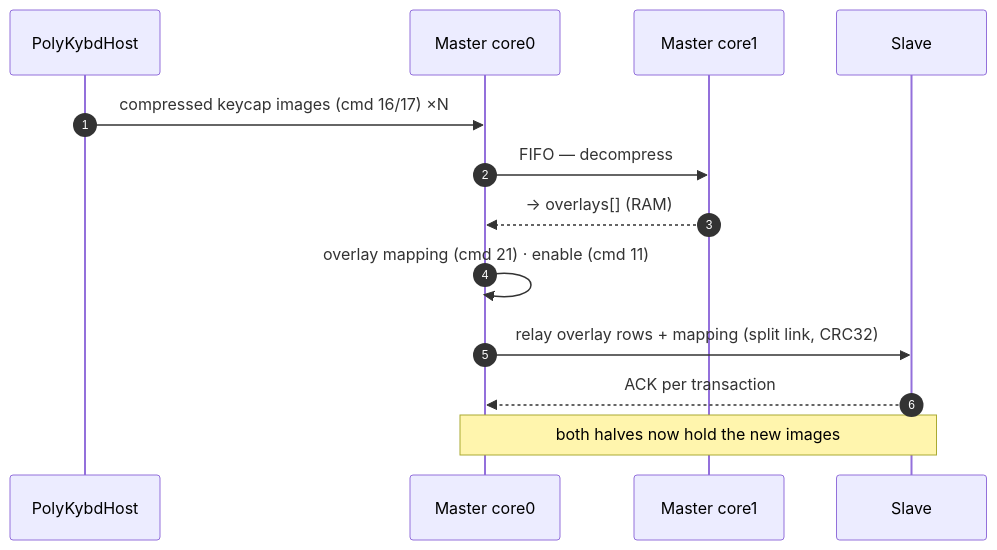
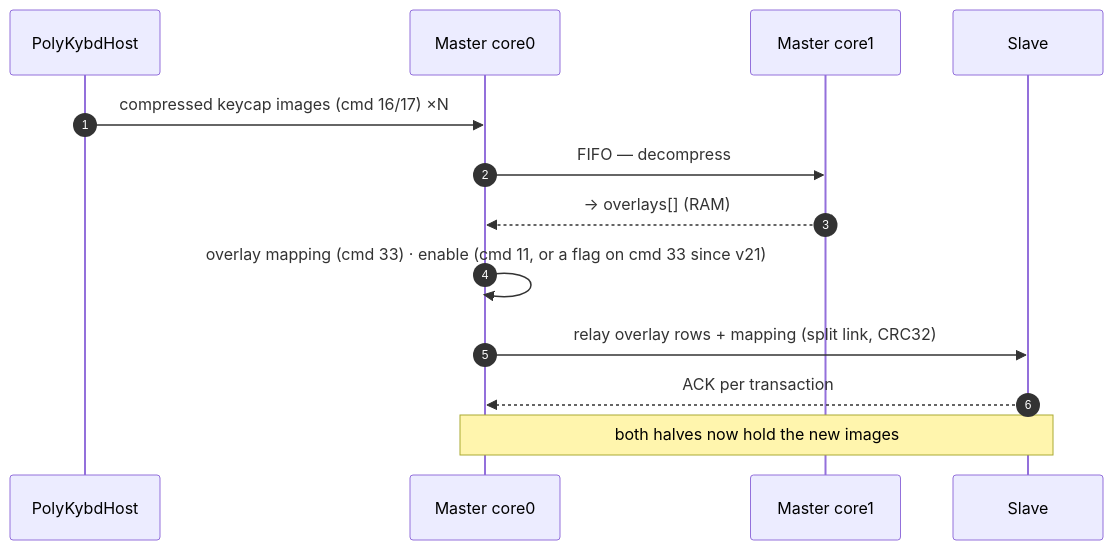
One commit to thpoll83/polykybd-docs changed the third of 6 diagrams in src/content/docs/development/system-model.mdx. Above: the diagram before and after it, drawn with Mermaid. The commit also changed other lines of this file and 1 other file, not shown here.

Commit message:
HID reference: protocol v21 mapping flags
Documents the prepare (0x40) and enable (0x20) flags on
SEND_OVERLAY_MAPPING_W's width byte: a new "Mapping flags" section with
the bit table, the 0x1F mask, the refusal of a bad width before either
flag runs, why a cold switch still sends its prepare separately, and the
measured report counts (warm 249 -> 129, cold 744 -> 684 over 60 sets).
Adds the v21 milestone, notes on the 0x21 and OVERLAY_FLAGS rows, and
cmd 33 in the system model's overlay table and app-switch diagram.

Describes firmware 1.3.0 and host 1.7.0; merge once both are released.

Claude-Session: https://claude.ai/code/session_01SVEoXHsKe4vCxHcqbXK3hy

````diff
--- a/src/content/docs/development/system-model.mdx
+++ b/src/content/docs/development/system-model.mdx
@@ -189,15 +190,15 @@
 ```mermaid
 sequenceDiagram
   autonumber
   participant H as PolyKybdHost
   participant M0 as Master core0
   participant M1 as Master core1
   participant S as Slave
   H->>M0: compressed keycap images (cmd 16/17) ×N
   M0->>M1: FIFO — decompress
   M1-->>M0: → overlays[] (RAM)
-  M0->>M0: overlay mapping (cmd 21) · enable (cmd 11)
+  M0->>M0: overlay mapping (cmd 33) · enable (cmd 11, or a flag on cmd 33 since v21)
   M0->>S: relay overlay rows + mapping (split link, CRC32)
   S-->>M0: ACK per transaction
   Note over M0,S: both halves now hold the new images
 ```
````
